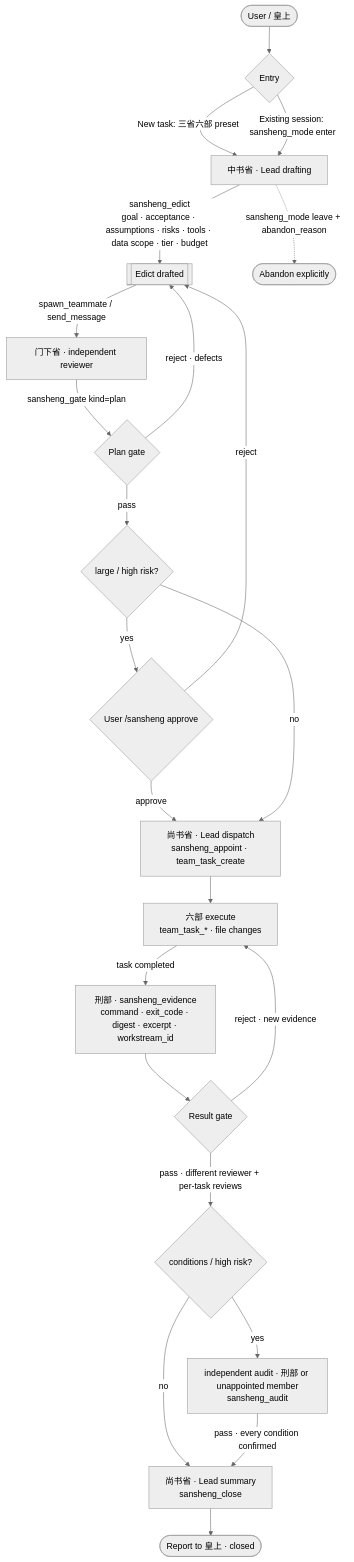
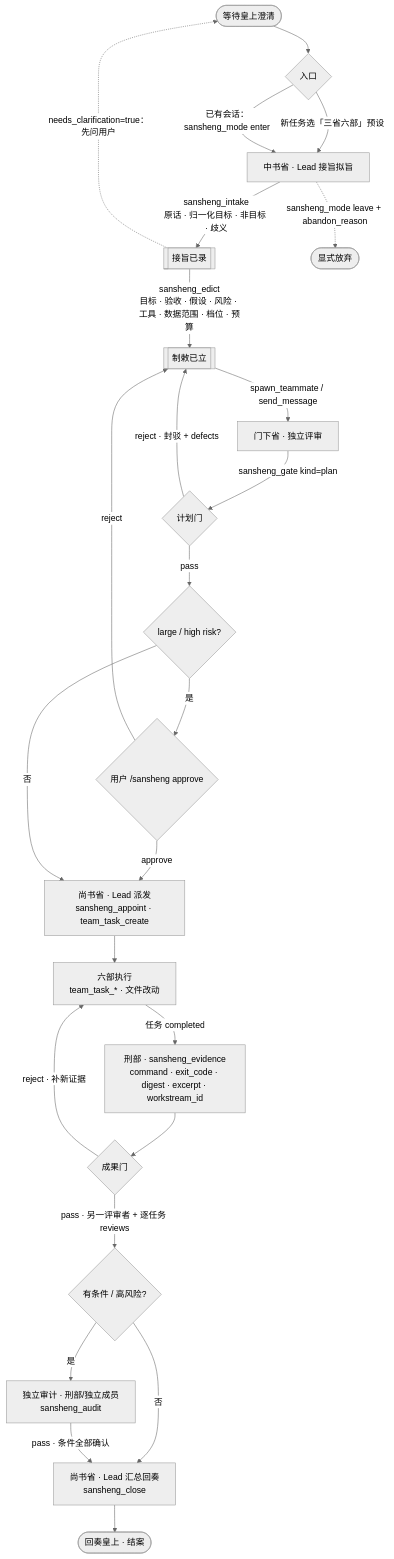
One commit to matcha-cult/dsh-experimental-sansheng changed the diagram in README.md. Above: the diagram before and after it, drawn with Mermaid (neutral theme). The commit also changed other lines of this file and 4 other files, not shown here.

````diff
--- a/README.md
+++ b/README.md
@@ -149,25 +180,27 @@
 ```mermaid
 flowchart TD
-    U(["User / 皇上"]) --> ENTRY{"Entry"}
-    ENTRY -->|"New task: 三省六部 preset"| ZS["中书省 · Lead drafting"]
-    ENTRY -->|"Existing session: sansheng_mode enter"| ZS
-    ZS -->|"sansheng_edict<br/>goal · acceptance · assumptions · risks · tools · data scope · tier · budget"| EDICT[["Edict drafted"]]
-    EDICT -->|"spawn_teammate / send_message"| REVIEW["门下省 · independent reviewer"]
-    REVIEW -->|"sansheng_gate kind=plan"| PG{"Plan gate"}
-    PG -->|"reject · defects"| EDICT
+    U(["皇上 / 用户"]) --> ENTRY{"入口"}
+    ENTRY -->|"新任务选「三省六部」预设"| ZS["中书省 · Lead 接旨拟旨"]
+    ENTRY -->|"已有会话：sansheng_mode enter"| ZS
+    ZS -->|"sansheng_intake<br/>原话 · 归一化目标 · 非目标 · 歧义"| INT[["接旨已录"]]
+    INT -->|"sansheng_edict<br/>目标 · 验收 · 假设 · 风险 · 工具 · 数据范围 · 档位 · 预算"| EDICT[["制敕已立"]]
+    EDICT -->|"spawn_teammate / send_message"| REVIEW["门下省 · 独立评审"]
+    REVIEW -->|"sansheng_gate kind=plan"| PG{"计划门"}
+    PG -->|"reject · 封驳 + defects"| EDICT
     PG -->|"pass"| LARGE{"large / high risk?"}
-    LARGE -->|"yes"| HUMAN{"User /sansheng approve"}
+    LARGE -->|"是"| HUMAN{"用户 /sansheng approve"}
     HUMAN -->|"reject"| EDICT
-    HUMAN -->|"approve"| SS["尚书省 · Lead dispatch<br/>sansheng_appoint · team_task_create"]
-    LARGE -->|"no"| SS
-    SS --> EXEC["六部 execute<br/>team_task_* · file changes"]
-    EXEC -->|"task completed"| EVID["刑部 · sansheng_evidence<br/>command · exit_code · digest · excerpt · workstream_id"]
-    EVID --> RG{"Result gate"}
-    RG -->|"reject · new evidence"| EXEC
-    RG -->|"pass · different reviewer + per-task reviews"| COND{"conditions / high risk?"}
-    COND -->|"yes"| AUDIT["independent audit · 刑部 or unappointed member<br/>sansheng_audit"]
-    COND -->|"no"| CLOSE["尚书省 · Lead summary<br/>sansheng_close"]
-    AUDIT -->|"pass · every condition confirmed"| CLOSE
-    CLOSE --> DONE(["Report to 皇上 · closed"])
-    ZS -.->|"sansheng_mode leave + abandon_reason"| ABANDON(["Abandon explicitly"])
+    HUMAN -->|"approve"| SS["尚书省 · Lead 派发<br/>sansheng_appoint · team_task_create"]
+    LARGE -->|"否"| SS
+    SS --> EXEC["六部执行<br/>team_task_* · 文件改动"]
+    EXEC -->|"任务 completed"| EVID["刑部 · sansheng_evidence<br/>command · exit_code · digest · excerpt · workstream_id"]
+    EVID --> RG{"成果门"}
+    RG -->|"reject · 补新证据"| EXEC
+    RG -->|"pass · 另一评审者 + 逐任务 reviews"| COND{"有条件 / 高风险?"}
+    COND -->|"是"| AUDIT["独立审计 · 刑部/独立成员<br/>sansheng_audit"]
+    COND -->|"否"| CLOSE["尚书省 · Lead 汇总回奏<br/>sansheng_close"]
+    AUDIT -->|"pass · 条件全部确认"| CLOSE
+    CLOSE --> DONE(["回奏皇上 · 结案"])
+    ZS -.->|"sansheng_mode leave + abandon_reason"| ABANDON(["显式放弃"])
+    INT -.->|"needs_clarification=true：先问用户"| U(["等待皇上澄清"])
 ```
````
